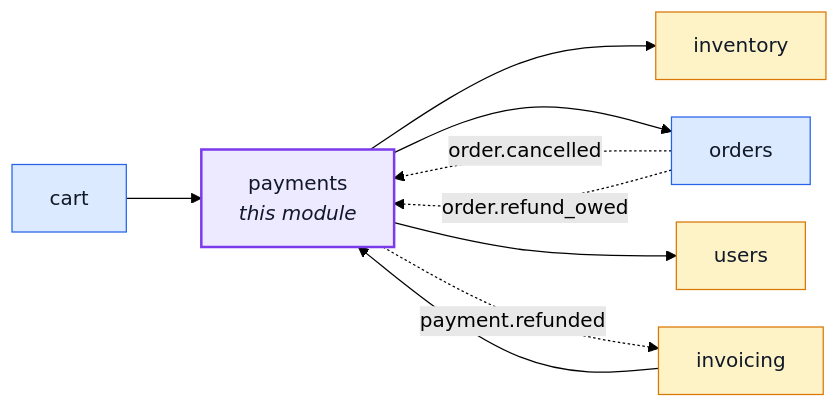
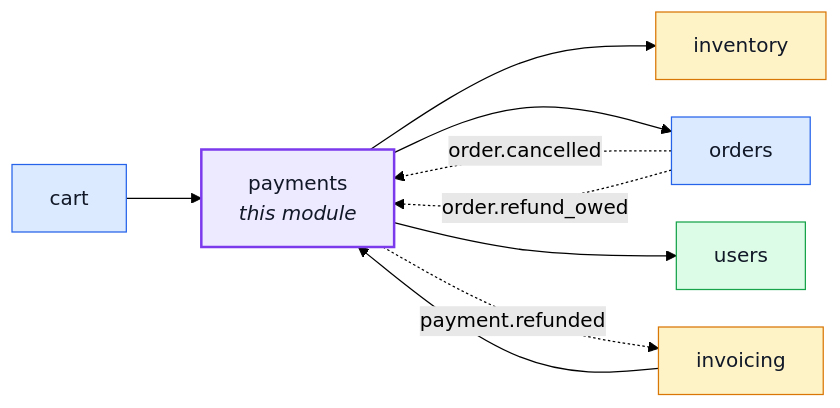
One commit to Guebbit/boilerplate-node-backend changed the first of 6 diagrams in docs/modules/payments.md. Above: the diagram before and after it, drawn with Mermaid (forest theme). The commit also changed 13 other files, not shown here.

````diff
--- a/docs/modules/payments.md
+++ b/docs/modules/payments.md
@@ -16,27 +16,28 @@
 ```mermaid
 %%{init: {'flowchart': {'nodeSpacing': 30, 'rankSpacing': 60}}}%%
 flowchart LR
     payments["payments<br/><i>this module</i>"]
     cart["cart"]
     inventory["inventory"]
     invoicing["invoicing"]
     orders["orders"]
     users["users"]
 
     cart --> payments
     invoicing --> payments
     payments --> inventory
     payments --> orders
     payments --> users
     orders -. "order.cancelled" .-> payments
     orders -. "order.refund_owed" .-> payments
     payments -. "payment.refunded" .-> invoicing
 
     classDef core fill:#dbeafe,stroke:#2563eb,color:#111827;
     classDef supporting fill:#fef3c7,stroke:#d97706,color:#111827;
     classDef generic fill:#dcfce7,stroke:#16a34a,color:#111827;
     classDef centre fill:#ede9fe,stroke:#7c3aed,stroke-width:2px,color:#111827;
     class cart,orders core;
-    class inventory,invoicing,users supporting;
+    class inventory,invoicing supporting;
+    class users generic;
     class payments centre;
 ```
````
